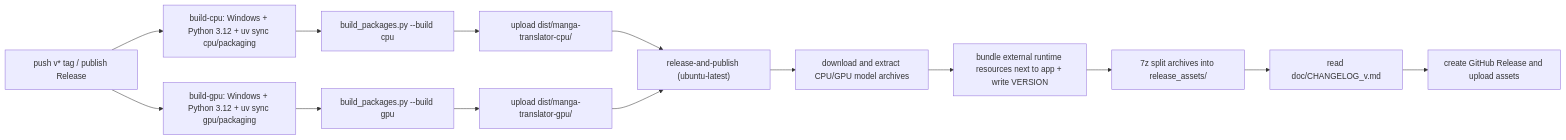
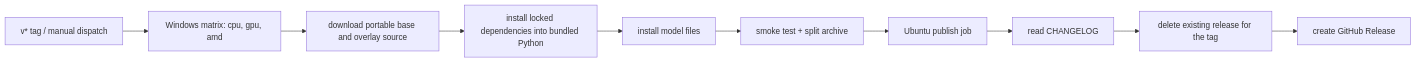
The second of 2 diagrams in doc/wiki/en/developer/packaging-and-release.md (hgmzhn/manga-translator-ui), drawn with Mermaid before and after one commit. The commit also changed other lines of this file and 3 other files, not shown here.

````diff
--- a/doc/wiki/en/developer/packaging-and-release.md
+++ b/doc/wiki/en/developer/packaging-and-release.md
@@ -98,16 +101,12 @@
 ```mermaid
 flowchart LR
-    T["push v* tag / publish Release"] --> C["build-cpu: Windows + Python 3.12 + uv sync cpu/packaging"]
-    T --> G["build-gpu: Windows + Python 3.12 + uv sync gpu/packaging"]
-    C --> A1["build_packages.py --build cpu"]
-    G --> A2["build_packages.py --build gpu"]
-    A1 --> U1["upload dist/manga-translator-cpu/"]
-    A2 --> U2["upload dist/manga-translator-gpu/"]
-    U1 --> R["release-and-publish (ubuntu-latest)"]
-    U2 --> R
-    R --> M["download and extract CPU/GPU model archives"]
-    M --> B["bundle external runtime resources next to app + write VERSION"]
-    B --> Z["7z split archives into release_assets/"]
-    Z --> L["read doc/CHANGELOG_v<version>.md"]
-    L --> RL["create GitHub Release and upload assets"]
+    T["v* tag / manual dispatch"] --> C["Windows matrix: cpu, gpu, amd"]
+    C --> P["download portable base and overlay source"]
+    P --> D["install locked dependencies into bundled Python"]
+    D --> M["install model files"]
+    M --> A["smoke test + split archive"]
+    A --> R["Ubuntu publish job"]
+    R --> L["read CHANGELOG"]
+    L --> X["delete existing release for the tag"]
+    X --> G["create GitHub Release"]
 ```
````
